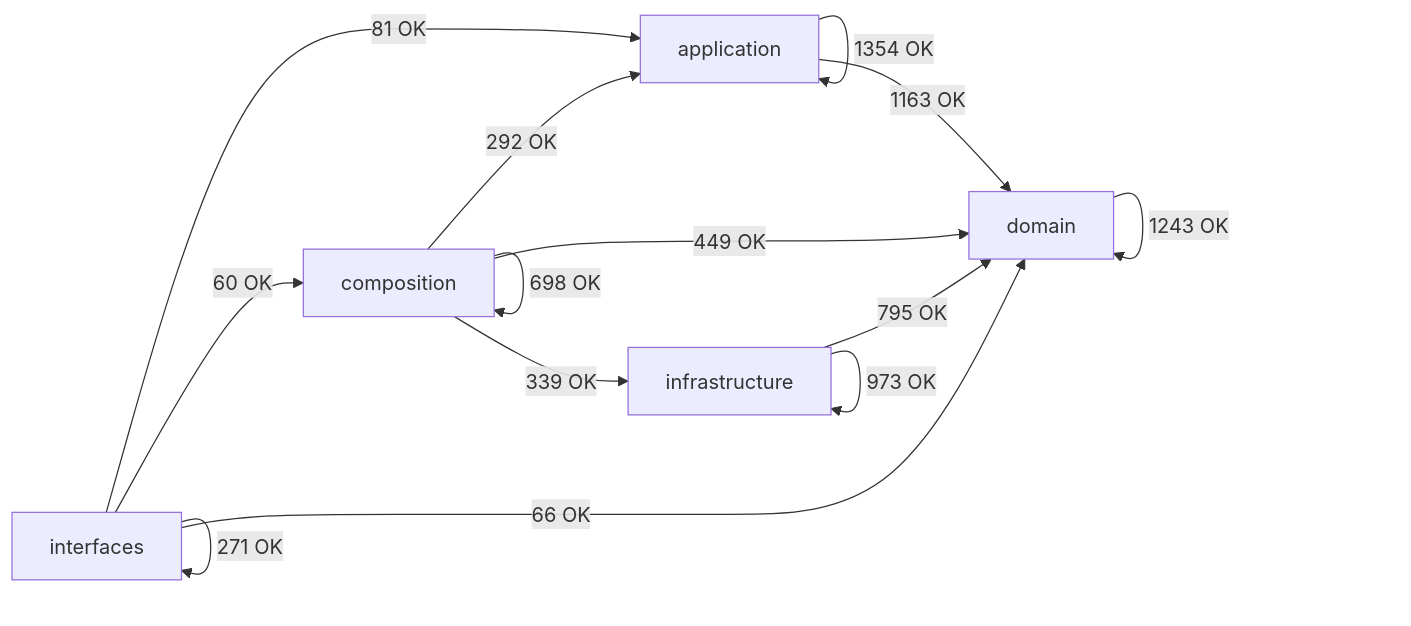
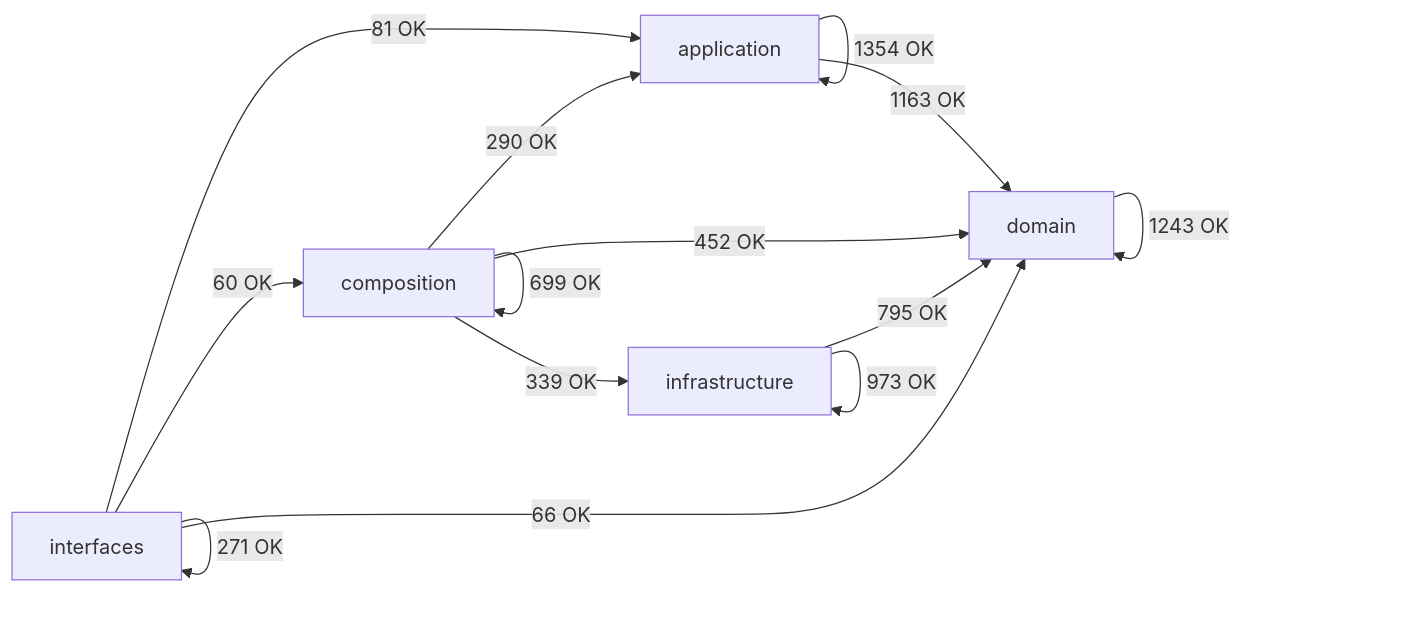
Before and after one commit to SatoryKono/BioactivityDataAcquisition: the diagram in docs/02-architecture/generated/module-dependency-map.md, drawn with Mermaid. The commit also changed other lines of this file and 33 other files, not shown here.

````diff
--- a/docs/02-architecture/generated/module-dependency-map.md
+++ b/docs/02-architecture/generated/module-dependency-map.md
@@ -17,21 +17,21 @@
 ```mermaid
 flowchart LR
     domain[domain]
     application[application]
     infrastructure[infrastructure]
     composition[composition]
     interfaces[interfaces]
     application -->|1354 OK| application
     application -->|1163 OK| domain
-    composition -->|292 OK| application
-    composition -->|698 OK| composition
-    composition -->|449 OK| domain
+    composition -->|290 OK| application
+    composition -->|699 OK| composition
+    composition -->|452 OK| domain
     composition -->|339 OK| infrastructure
     domain -->|1243 OK| domain
     infrastructure -->|795 OK| domain
     infrastructure -->|973 OK| infrastructure
     interfaces -->|81 OK| application
     interfaces -->|60 OK| composition
     interfaces -->|66 OK| domain
     interfaces -->|271 OK| interfaces
 ```
````
